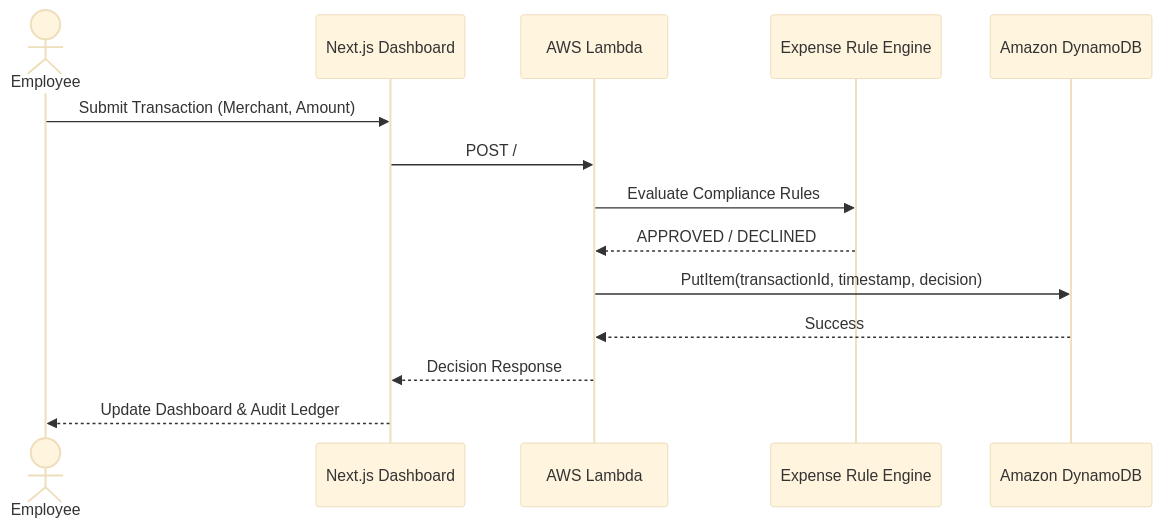
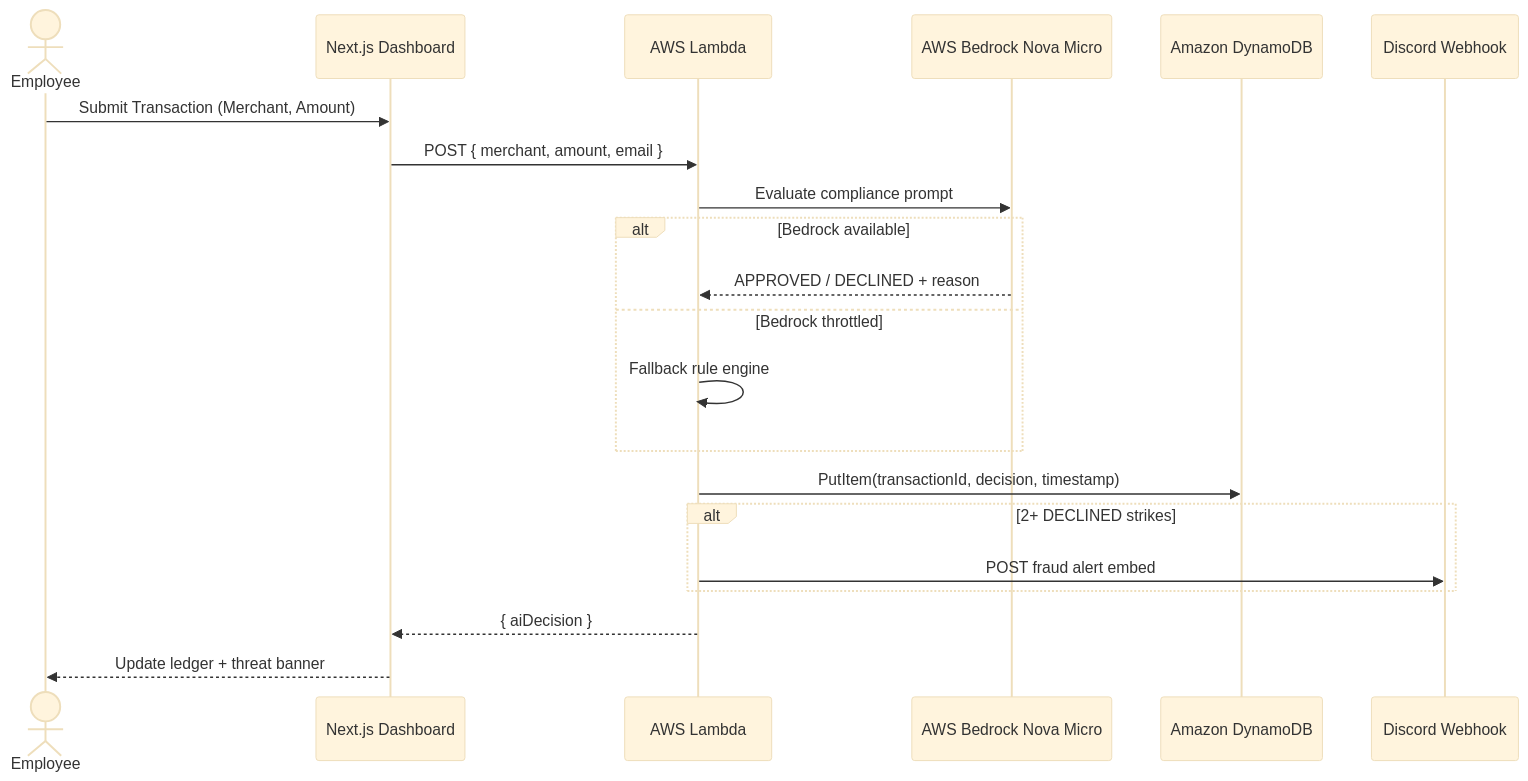
The first of 3 diagrams in ARCHITECTURE.md (prajjwalsingh11/smartwallet-ai), drawn with Mermaid (base theme) before and after one commit. The commit also changed other lines of this file and 2 other files, not shown here.

````diff
--- a/ARCHITECTURE.md
+++ b/ARCHITECTURE.md
@@ -18,18 +20,24 @@
 ```mermaid
 sequenceDiagram
     actor Employee
+    participant UI as Next.js Dashboard
+    participant Lambda as AWS Lambda
+    participant Bedrock as AWS Bedrock Nova Micro
+    participant DB as Amazon DynamoDB
+    participant Discord as Discord Webhook
 
-    participant NextJS as Next.js Dashboard
-    participant Lambda as AWS Lambda
-    participant Engine as Expense Rule Engine
-    participant DB as Amazon DynamoDB
-
-    Employee->>NextJS: Submit Transaction (Merchant, Amount)
-    NextJS->>Lambda: POST /
-    Lambda->>Engine: Evaluate Compliance Rules
-    Engine-->>Lambda: APPROVED / DECLINED
-    Lambda->>DB: PutItem(transactionId, timestamp, decision)
-    DB-->>Lambda: Success
-    Lambda-->>NextJS: Decision Response
-    NextJS-->>Employee: Update Dashboard & Audit Ledger
+    Employee->>UI: Submit Transaction (Merchant, Amount)
+    UI->>Lambda: POST { merchant, amount, email }
+    Lambda->>Bedrock: Evaluate compliance prompt
+    alt Bedrock available
+        Bedrock-->>Lambda: APPROVED / DECLINED + reason
+    else Bedrock throttled
+        Lambda->>Lambda: Fallback rule engine
+    end
+    Lambda->>DB: PutItem(transactionId, decision, timestamp)
+    alt 2+ DECLINED strikes
+        Lambda->>Discord: POST fraud alert embed
+    end
+    Lambda-->>UI: { aiDecision }
+    UI-->>Employee: Update ledger + threat banner
 ```
````
